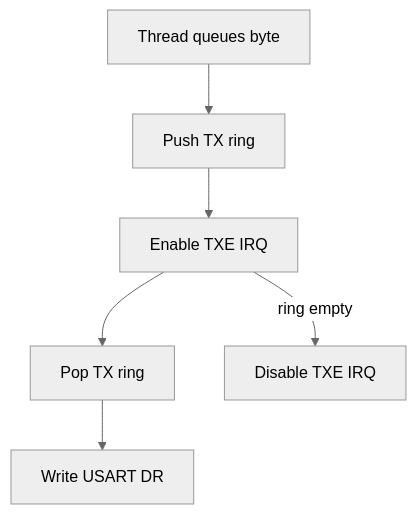
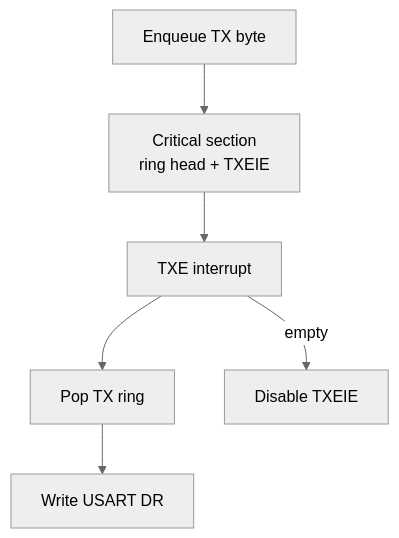
Before and after one commit to haikevins/stm32f1-spl-procedural-baremetal: the second of 2 diagrams in 04-uart-interrupt-ring-buffer/README.md, drawn with Mermaid (neutral theme). The commit also changed other lines of this file and 16 other files, not shown here.

````diff
--- a/04-uart-interrupt-ring-buffer/README.md
+++ b/04-uart-interrupt-ring-buffer/README.md
@@ -86,8 +86,8 @@
 ```mermaid
 flowchart TB
-    APP["Thread queues byte"] --> TX["Push TX ring"]
-    TX --> IRQ["Enable TXE IRQ"]
+    APP["Enqueue TX byte"] --> CS["Critical section<br/>ring head + TXEIE"]
+    CS --> IRQ["TXE interrupt"]
     IRQ --> POP["Pop TX ring"]
     POP --> DR["Write USART DR"]
-    IRQ -->|"ring empty"| OFF["Disable TXE IRQ"]
+    IRQ -->|"empty"| OFF["Disable TXEIE"]
 ```
````
